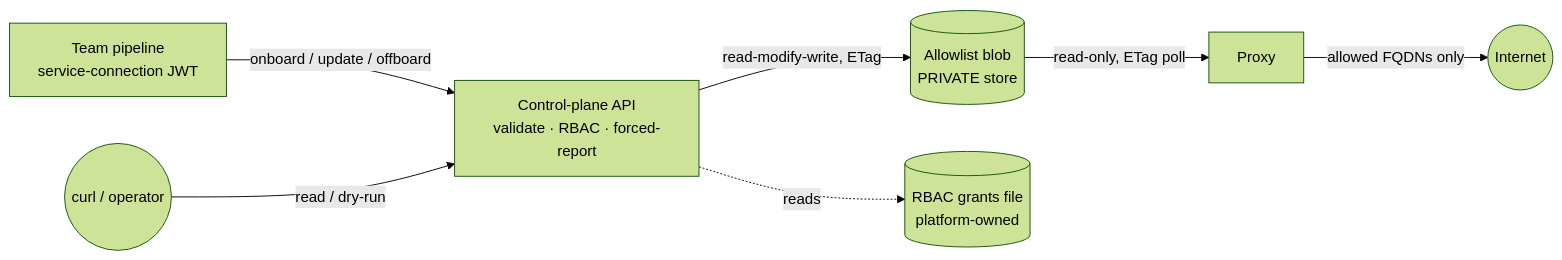
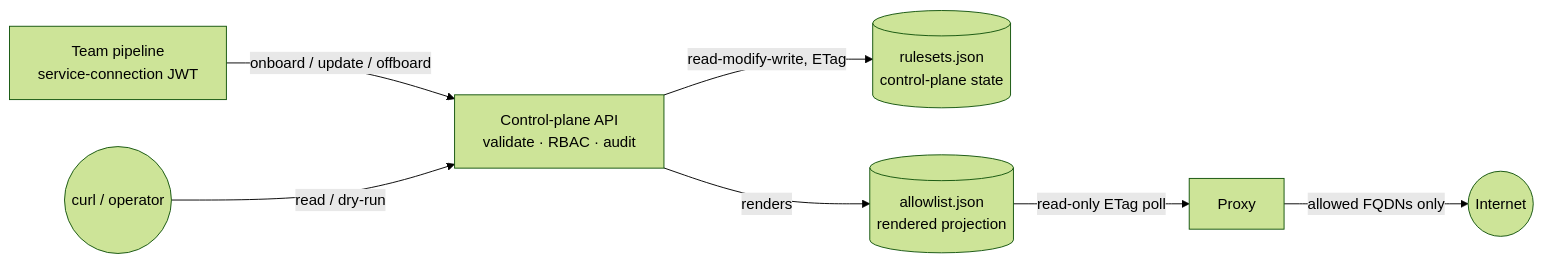
The second of 2 diagrams in docs/control-plane.md (alanta/azure-egress-proxy), drawn with Mermaid (forest theme) before and after one commit. The commit also changed other lines of this file and 41 other files, not shown here.

First line of the commit message:
✨ Add control-plane API for per-team egress self-service

````diff
--- a/docs/control-plane.md
+++ b/docs/control-plane.md
@@ -90,9 +48,9 @@
 ```mermaid
 flowchart LR
     PIPE[Team pipeline<br/>service-connection JWT] -->|onboard / update / offboard| API
     HUMAN((curl / operator)) -->|read / dry-run| API
-    API[Control-plane API<br/>validate · RBAC · forced-report] -->|read-modify-write, ETag| BLOB
-    BLOB[(Allowlist blob<br/>PRIVATE store)] -->|read-only, ETag poll| PROXY[Proxy]
-    API -.reads.-> RBAC[(RBAC grants file<br/>platform-owned)]
+    API[Control-plane API<br/>validate · RBAC · audit] -->|read-modify-write, ETag| STATE[(rulesets.json<br/>control-plane state)]
+    API -->|renders| BLOB[(allowlist.json<br/>rendered projection)]
+    BLOB -->|read-only ETag poll| PROXY[Proxy]
     PROXY -->|allowed FQDNs only| NET((Internet))
 ```
````
